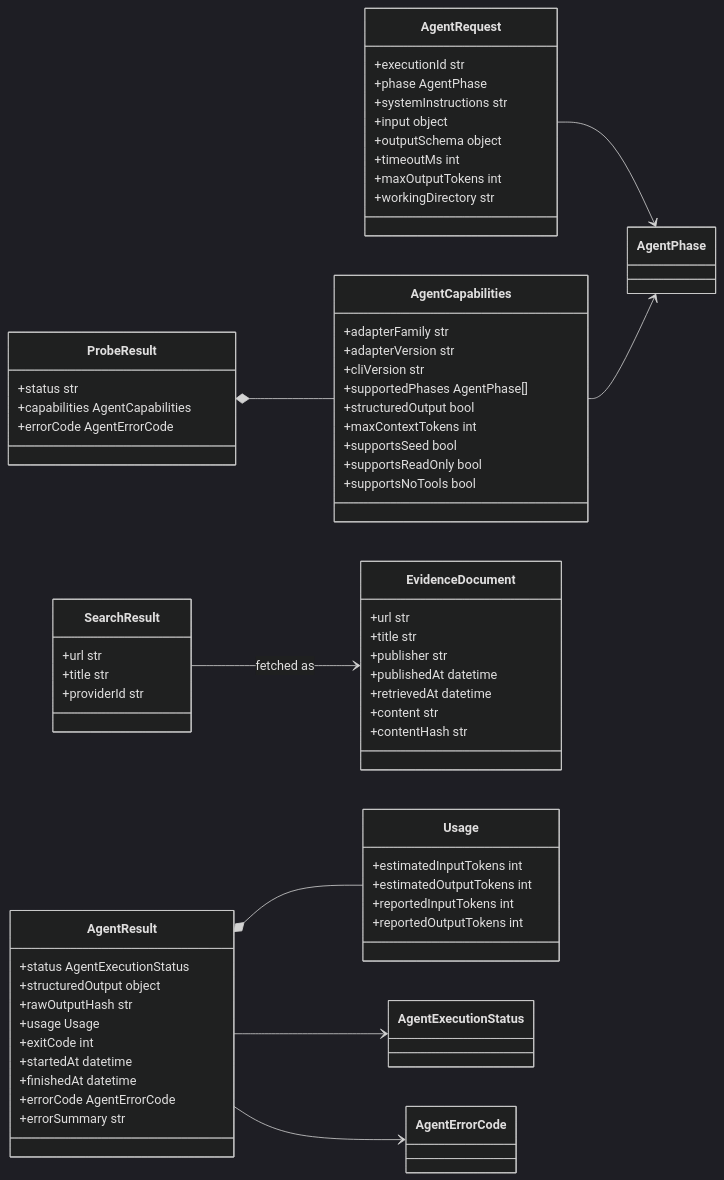
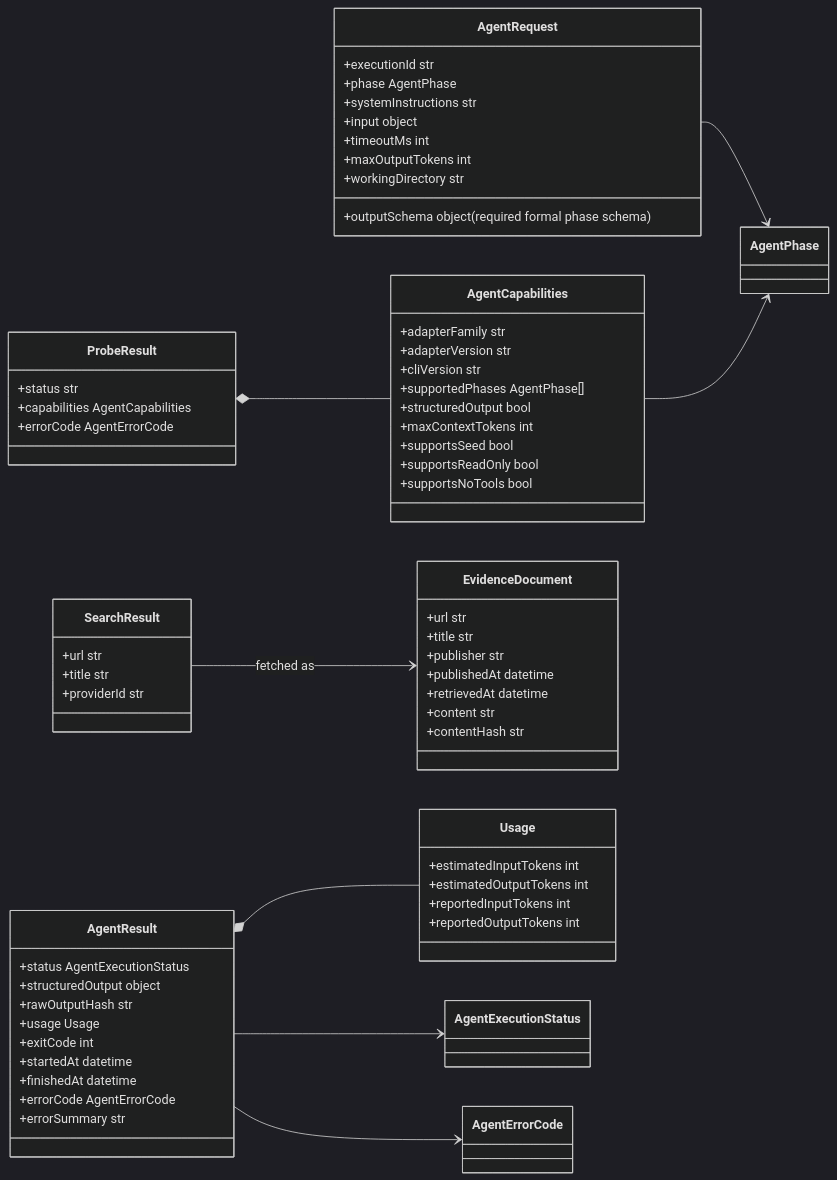
The third of 4 diagrams in CLASS.md (garyohosu/OracleCouncil), drawn with Mermaid (dark theme) before and after one commit. The commit also changed 22 other files, not shown here.

Commit message:
feat: centralize phase output schemas

````diff
--- a/CLASS.md
+++ b/CLASS.md
@@ -313,76 +313,76 @@
 ```mermaid
 classDiagram
     direction LR
 
     class AgentRequest {
         +executionId str
         +phase AgentPhase
         +systemInstructions str
         +input object
-        +outputSchema object
+        +outputSchema object (required formal phase schema)
         +timeoutMs int
         +maxOutputTokens int
         +workingDirectory str
     }
 
     class AgentResult {
         +status AgentExecutionStatus
         +structuredOutput object
         +rawOutputHash str
         +usage Usage
         +exitCode int
         +startedAt datetime
         +finishedAt datetime
         +errorCode AgentErrorCode
         +errorSummary str
     }
 
     class AgentCapabilities {
         +adapterFamily str
         +adapterVersion str
         +cliVersion str
         +supportedPhases AgentPhase[]
         +structuredOutput bool
         +maxContextTokens int
         +supportsSeed bool
         +supportsReadOnly bool
         +supportsNoTools bool
     }
 
     class ProbeResult {
         +status str
         +capabilities AgentCapabilities
         +errorCode AgentErrorCode
     }
 
     class Usage {
         +estimatedInputTokens int
         +estimatedOutputTokens int
         +reportedInputTokens int
         +reportedOutputTokens int
     }
 
     class SearchResult {
         +url str
         +title str
         +providerId str
     }
 
     class EvidenceDocument {
         +url str
         +title str
         +publisher str
         +publishedAt datetime
         +retrievedAt datetime
         +content str
         +contentHash str
     }
 
     AgentResult *-- Usage
     ProbeResult *-- AgentCapabilities
     AgentCapabilities --> AgentPhase
     AgentRequest --> AgentPhase
     AgentResult --> AgentExecutionStatus
     AgentResult --> AgentErrorCode
     SearchResult --> EvidenceDocument : fetched as
 ```
````
